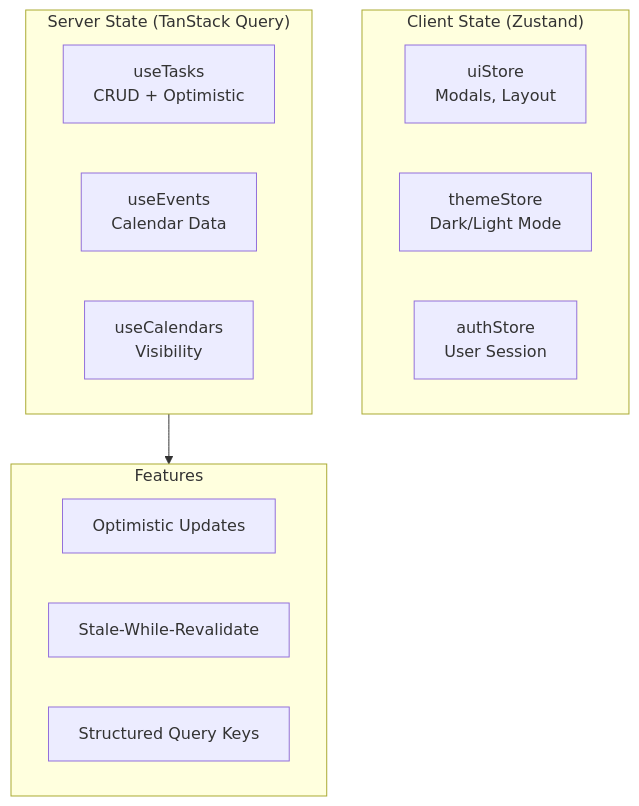
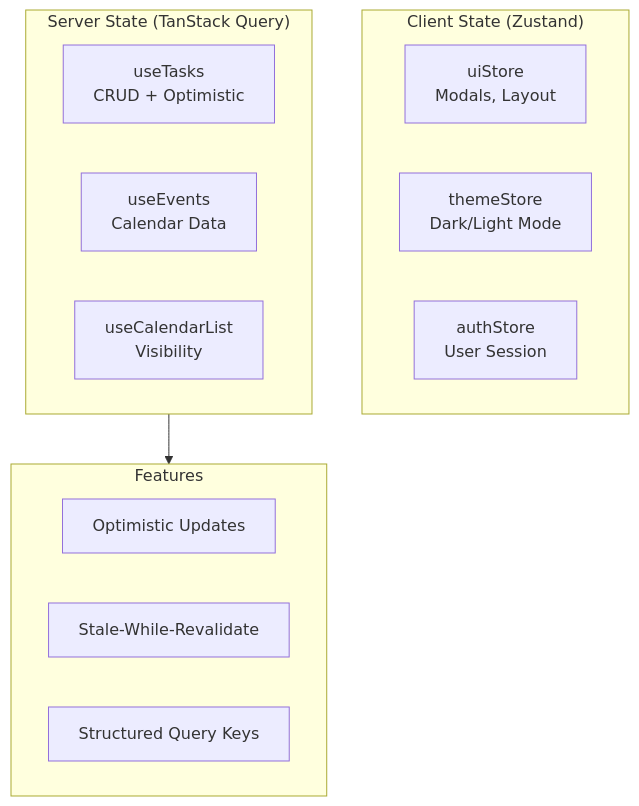
One commit to yadava5/cadence changed the third of 4 diagrams in README.md. Above: the diagram before and after it, drawn with Mermaid. The commit also changed 13 other files, not shown here.

First line of the commit message:
refactor(hooks): rename useCalendars to useCalendarList

````diff
--- a/README.md
+++ b/README.md
@@ -183,22 +183,22 @@
 ```mermaid
 flowchart TB
     subgraph Client["Client State (Zustand)"]
         UI[uiStore<br/>Modals, Layout]
         Theme[themeStore<br/>Dark/Light Mode]
         Auth[authStore<br/>User Session]
     end
 
     subgraph Server["Server State (TanStack Query)"]
         Tasks[useTasks<br/>CRUD + Optimistic]
         Events[useEvents<br/>Calendar Data]
-        Calendars[useCalendars<br/>Visibility]
+        Calendars[useCalendarList<br/>Visibility]
     end
 
     subgraph Features
         Optimistic[Optimistic Updates]
         Cache[Stale-While-Revalidate]
         Invalidation[Structured Query Keys]
     end
 
     Server --> Features
 ```
````
